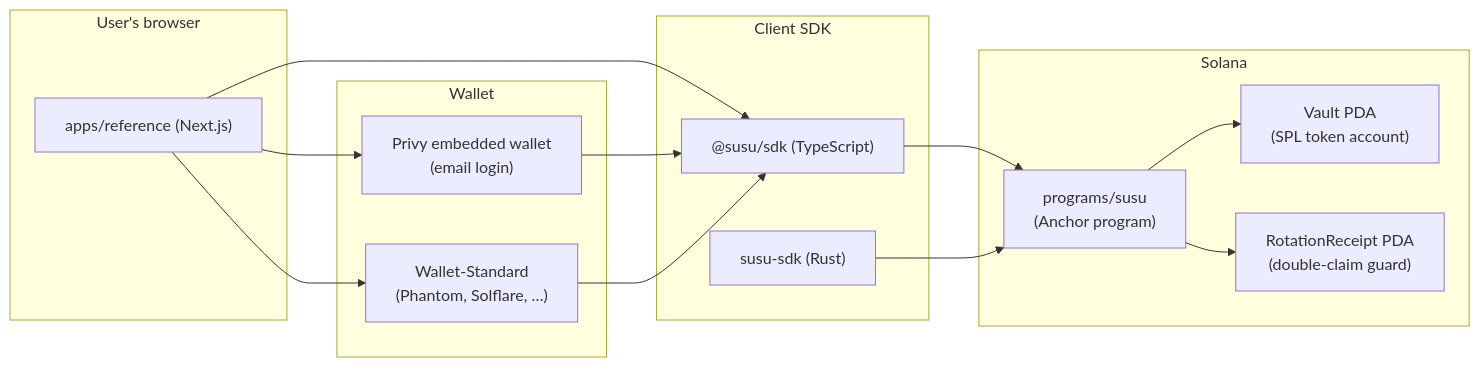
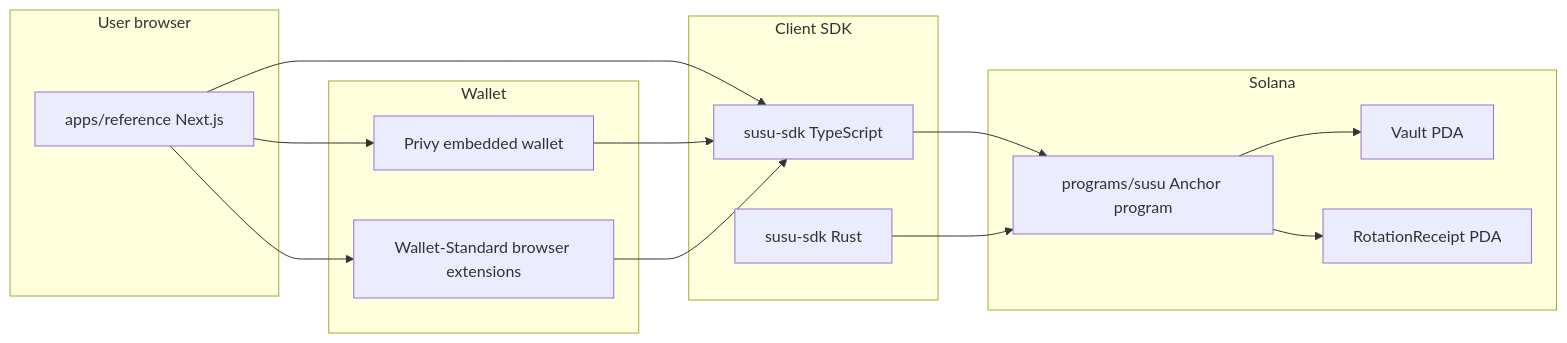
The second of 2 diagrams in README.md (tantshirt/susu-monorepo), drawn with Mermaid before and after one commit. The commit also changed other lines of this file, not shown here.

First line of the commit message:
docs(readme): simplify Mermaid diagrams so they render on GitHub

````diff
--- a/README.md
+++ b/README.md
@@ -225,29 +225,29 @@
 ```mermaid
 flowchart LR
-    subgraph User["User's browser"]
-        UI["apps/reference (Next.js)"]
+    subgraph Browser["User browser"]
+        UI["apps/reference Next.js"]
     end
-    subgraph Wallet["Wallet"]
-        Privy["Privy embedded wallet<br/>(email login)"]
-        Standard["Wallet-Standard<br/>(Phantom, Solflare, …)"]
+    subgraph WalletGroup["Wallet"]
+        Privy["Privy embedded wallet"]
+        Standard["Wallet-Standard browser extensions"]
     end
-    subgraph Client["Client SDK"]
-        TS["@susu/sdk (TypeScript)"]
-        Rust["susu-sdk (Rust)"]
+    subgraph SDK["Client SDK"]
+        TS["susu-sdk TypeScript"]
+        Rust["susu-sdk Rust"]
     end
     subgraph Chain["Solana"]
-        Program["programs/susu<br/>(Anchor program)"]
-        Vault["Vault PDA<br/>(SPL token account)"]
-        Receipt["RotationReceipt PDA<br/>(double-claim guard)"]
+        Program["programs/susu Anchor program"]
+        Vault["Vault PDA"]
+        Receipt["RotationReceipt PDA"]
     end
 
     UI --> Privy
     UI --> Standard
     UI --> TS
     Privy --> TS
     Standard --> TS
     TS --> Program
     Rust --> Program
     Program --> Vault
     Program --> Receipt
 ```
````
